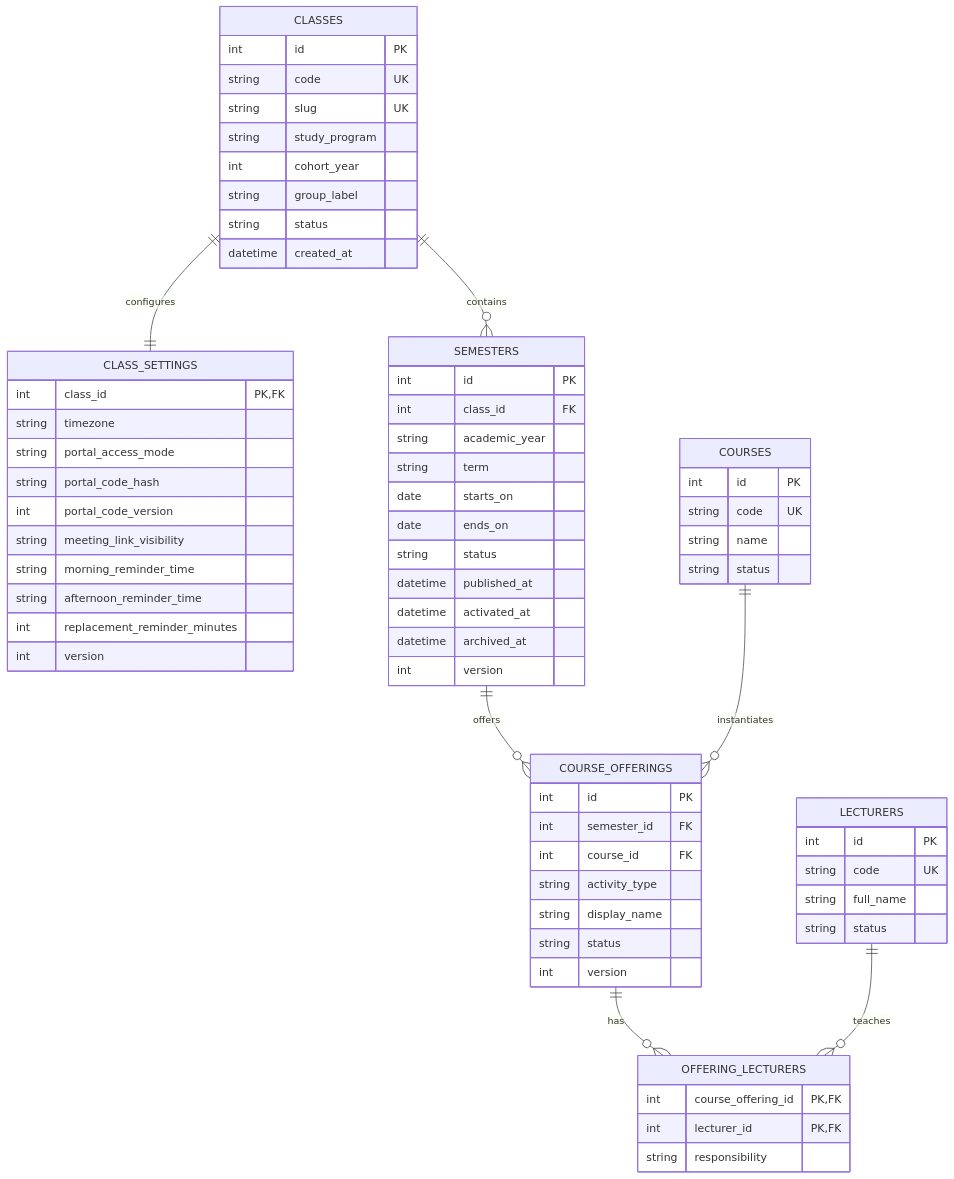
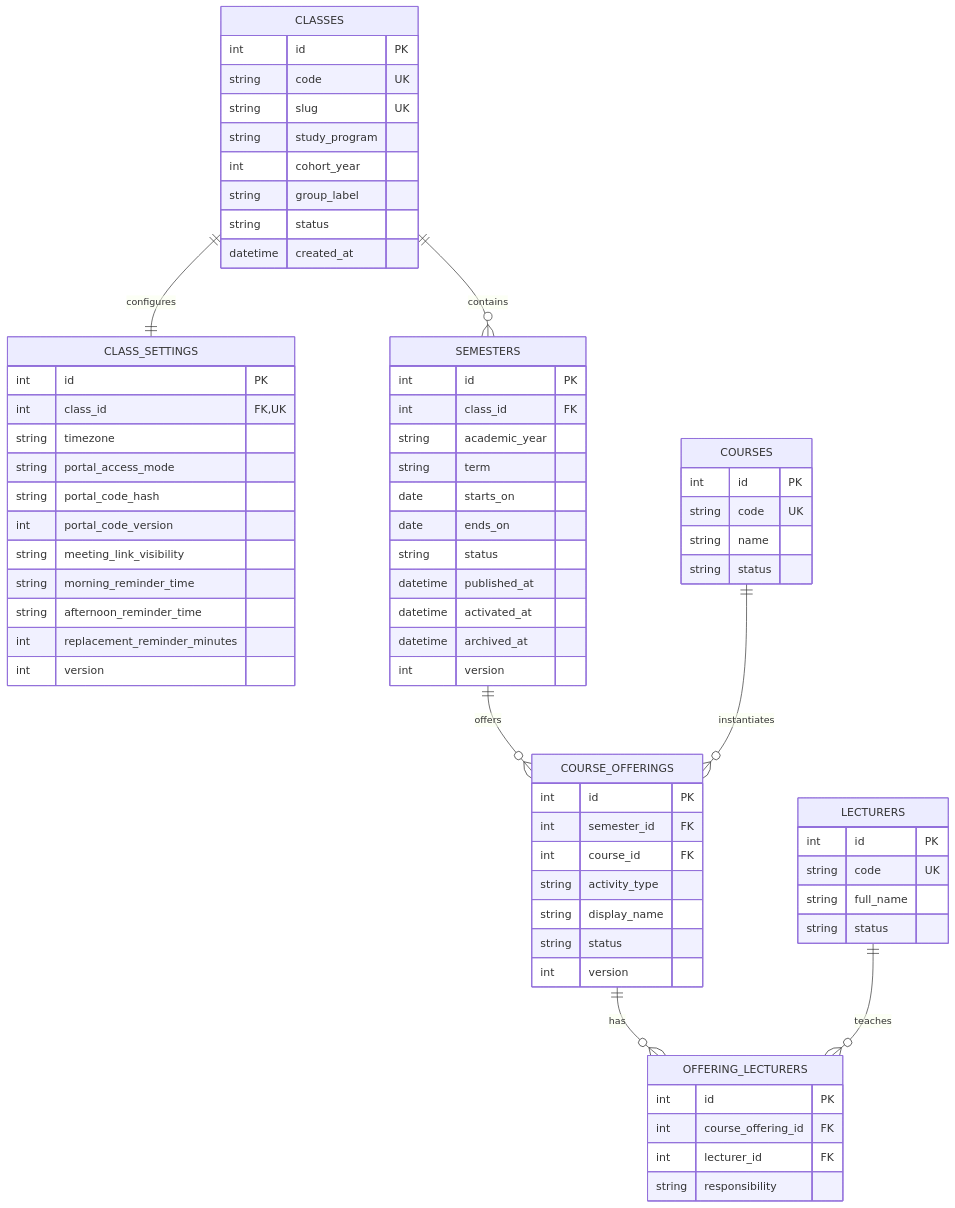
Before and after one commit to darvaaph/bot-wa-jadwal: the second of 5 diagrams in docs/product/DATA_MODEL.md, drawn with Mermaid. The commit also changed other lines of this file and 48 other files, not shown here.

Commit message:
feat: implement core bot infrastructure, scheduling, API endpoints, and database schema

````diff
--- a/docs/product/DATA_MODEL.md
+++ b/docs/product/DATA_MODEL.md
@@ -180,71 +180,73 @@
 ```mermaid
 erDiagram
     CLASSES ||--|| CLASS_SETTINGS : configures
     CLASSES ||--o{ SEMESTERS : contains
     SEMESTERS ||--o{ COURSE_OFFERINGS : offers
     COURSES ||--o{ COURSE_OFFERINGS : instantiates
     COURSE_OFFERINGS ||--o{ OFFERING_LECTURERS : has
     LECTURERS ||--o{ OFFERING_LECTURERS : teaches
 
     CLASSES {
         int id PK
         string code UK
         string slug UK
         string study_program
         int cohort_year
         string group_label
         string status
         datetime created_at
     }
     CLASS_SETTINGS {
-        int class_id PK,FK
+        int id PK
+        int class_id FK,UK
         string timezone
         string portal_access_mode
         string portal_code_hash
         int portal_code_version
         string meeting_link_visibility
         string morning_reminder_time
         string afternoon_reminder_time
         int replacement_reminder_minutes
         int version
     }
     SEMESTERS {
         int id PK
         int class_id FK
         string academic_year
         string term
         date starts_on
         date ends_on
         string status
         datetime published_at
         datetime activated_at
         datetime archived_at
         int version
     }
     COURSES {
         int id PK
         string code UK
         string name
         string status
     }
     COURSE_OFFERINGS {
         int id PK
         int semester_id FK
         int course_id FK
         string activity_type
         string display_name
         string status
         int version
     }
     LECTURERS {
         int id PK
         string code UK
         string full_name
         string status
     }
     OFFERING_LECTURERS {
-        int course_offering_id PK,FK
-        int lecturer_id PK,FK
+        int id PK
+        int course_offering_id FK
+        int lecturer_id FK
         string responsibility
     }
 ```
````
